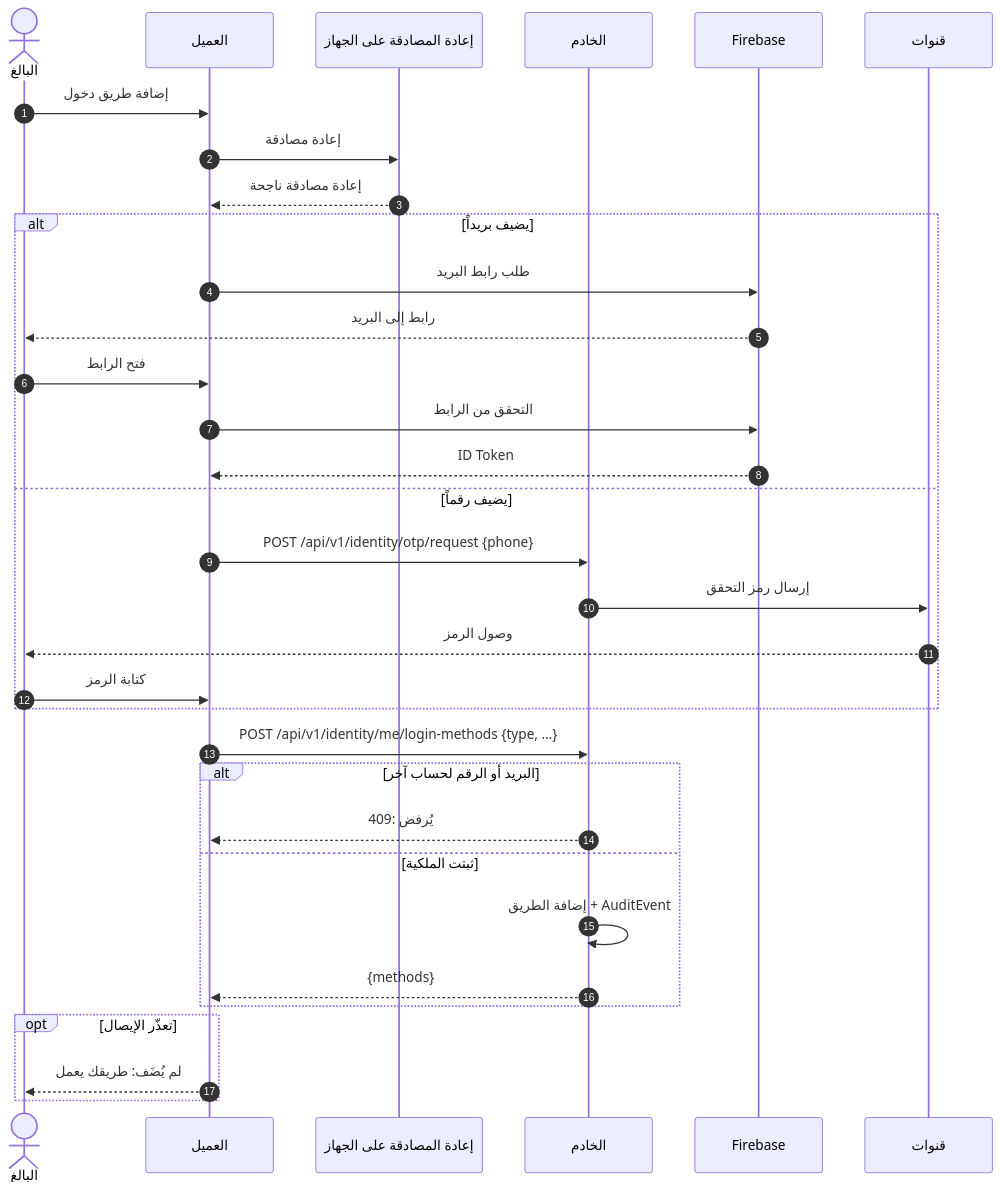
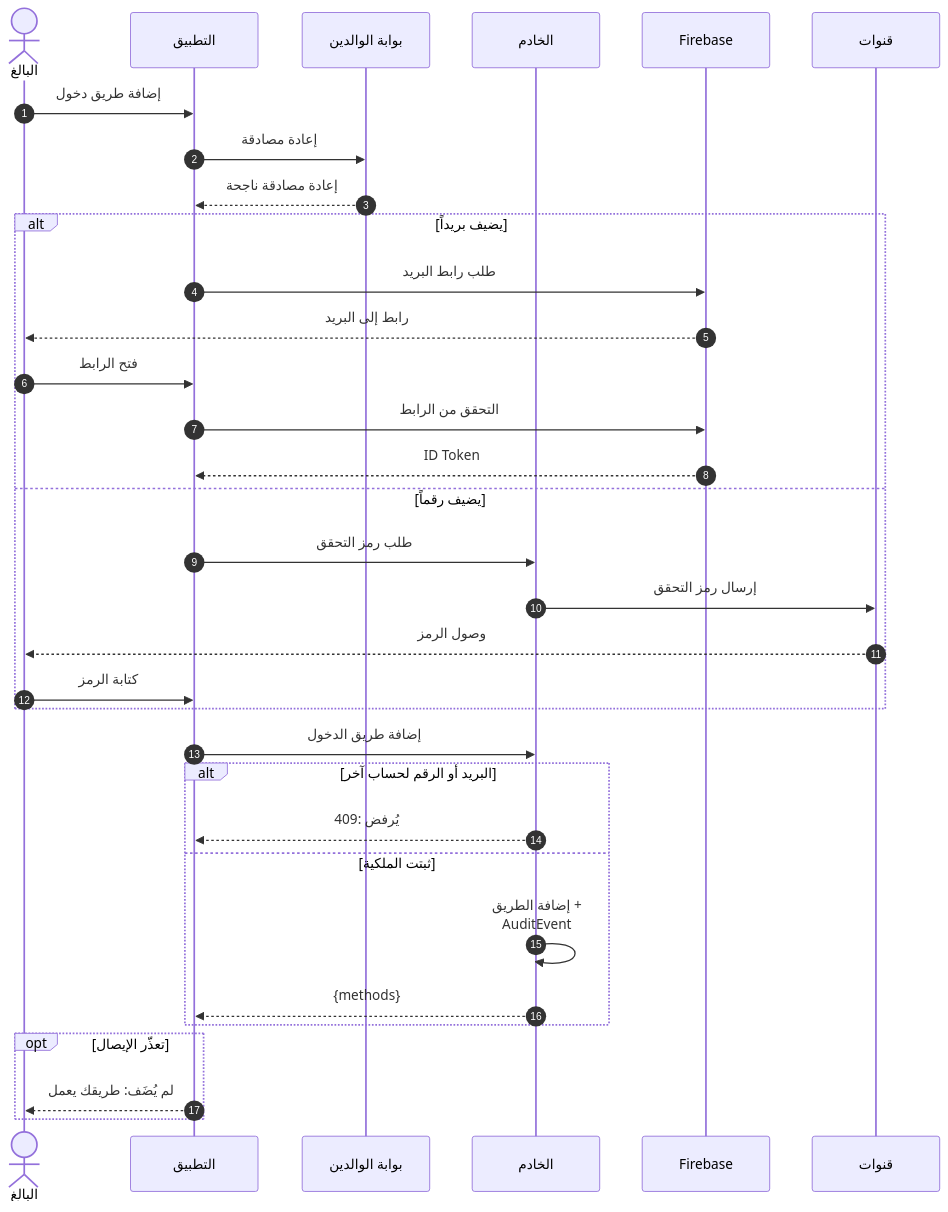
Before and after one commit to Bassam-mohammed-alqaeadi/family-os-v2: diagram 20 of 36 in docs/family-os/governance/phases/phase-1/S1-02-identity-and-onboarding/DIAGRAMS.md, drawn with Mermaid. The commit also changed other lines of this file, not shown here.

````diff
--- a/docs/family-os/governance/phases/phase-1/S1-02-identity-and-onboarding/DIAGRAMS.md
+++ b/docs/family-os/governance/phases/phase-1/S1-02-identity-and-onboarding/DIAGRAMS.md
@@ -771,35 +834,36 @@
 ```mermaid
+%%{init: {"sequence": {"wrap": true}}}%%
 sequenceDiagram
     autonumber
     actor Adult as البالغ
-    participant Client as العميل
-    participant Gate as إعادة المصادقة على الجهاز
+    participant App as التطبيق
+    participant Gate as بوابة الوالدين
     participant Ktor as الخادم
     participant FBAuth as Firebase
     participant Channels as قنوات
-    Adult->>Client: إضافة طريق دخول
-    Client->>Gate: إعادة مصادقة
-    Gate-->>Client: إعادة مصادقة ناجحة
+    Adult->>App: إضافة طريق دخول
+    App->>Gate: إعادة مصادقة
+    Gate-->>App: إعادة مصادقة ناجحة
     alt يضيف بريداً
-        Client->>FBAuth: طلب رابط البريد
+        App->>FBAuth: طلب رابط البريد
         FBAuth-->>Adult: رابط إلى البريد
-        Adult->>Client: فتح الرابط
-        Client->>FBAuth: التحقق من الرابط
-        FBAuth-->>Client: ID Token
+        Adult->>App: فتح الرابط
+        App->>FBAuth: التحقق من الرابط
+        FBAuth-->>App: ID Token
     else يضيف رقماً
-        Client->>Ktor: POST /api/v1/identity/otp/request {phone}
+        App->>Ktor: طلب رمز التحقق
         Ktor->>Channels: إرسال رمز التحقق
         Channels-->>Adult: وصول الرمز
-        Adult->>Client: كتابة الرمز
+        Adult->>App: كتابة الرمز
     end
-    Client->>Ktor: POST /api/v1/identity/me/login-methods {type, …}
+    App->>Ktor: إضافة طريق الدخول
     alt البريد أو الرقم لحساب آخر
-        Ktor-->>Client: 409: يُرفض
+        Ktor-->>App: 409: يُرفض
     else ثبتت الملكية
         Ktor->>Ktor: إضافة الطريق + AuditEvent
-        Ktor-->>Client: {methods}
+        Ktor-->>App: {methods}
     end
     opt تعذّر الإيصال
-        Client-->>Adult: لم يُضَف: طريقك يعمل
+        App-->>Adult: لم يُضَف: طريقك يعمل
     end
 ```
````
